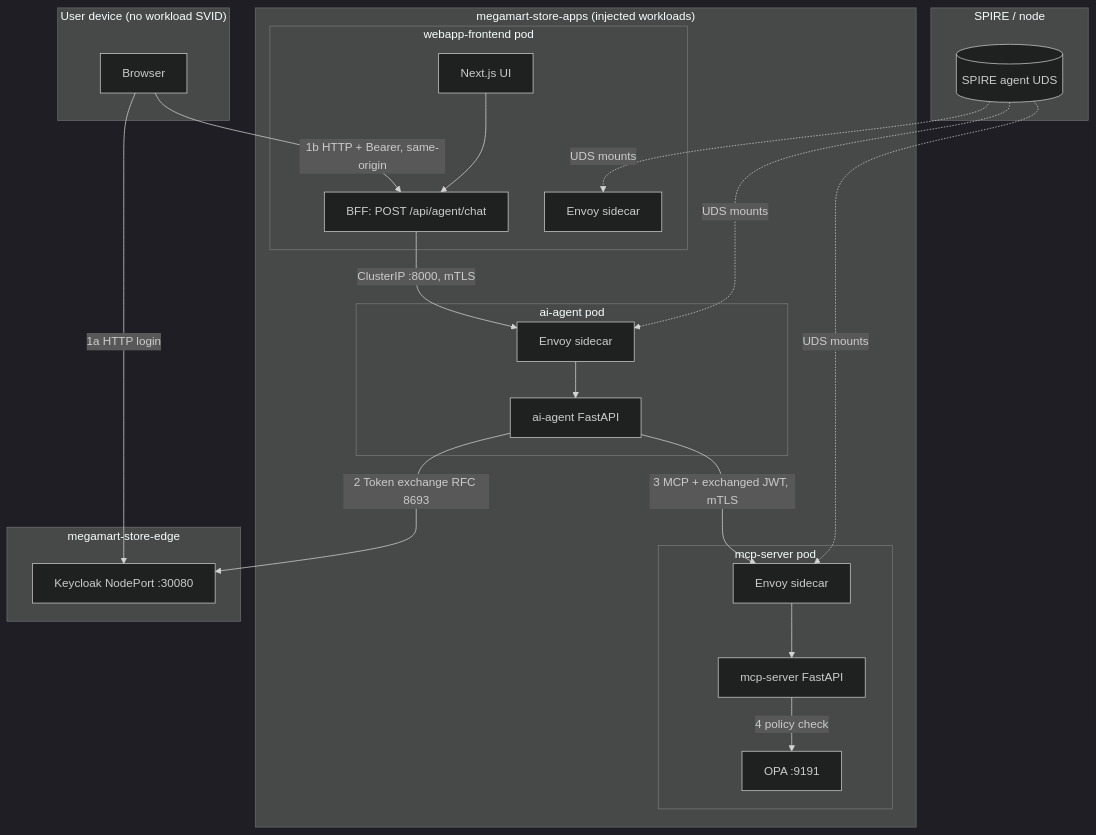
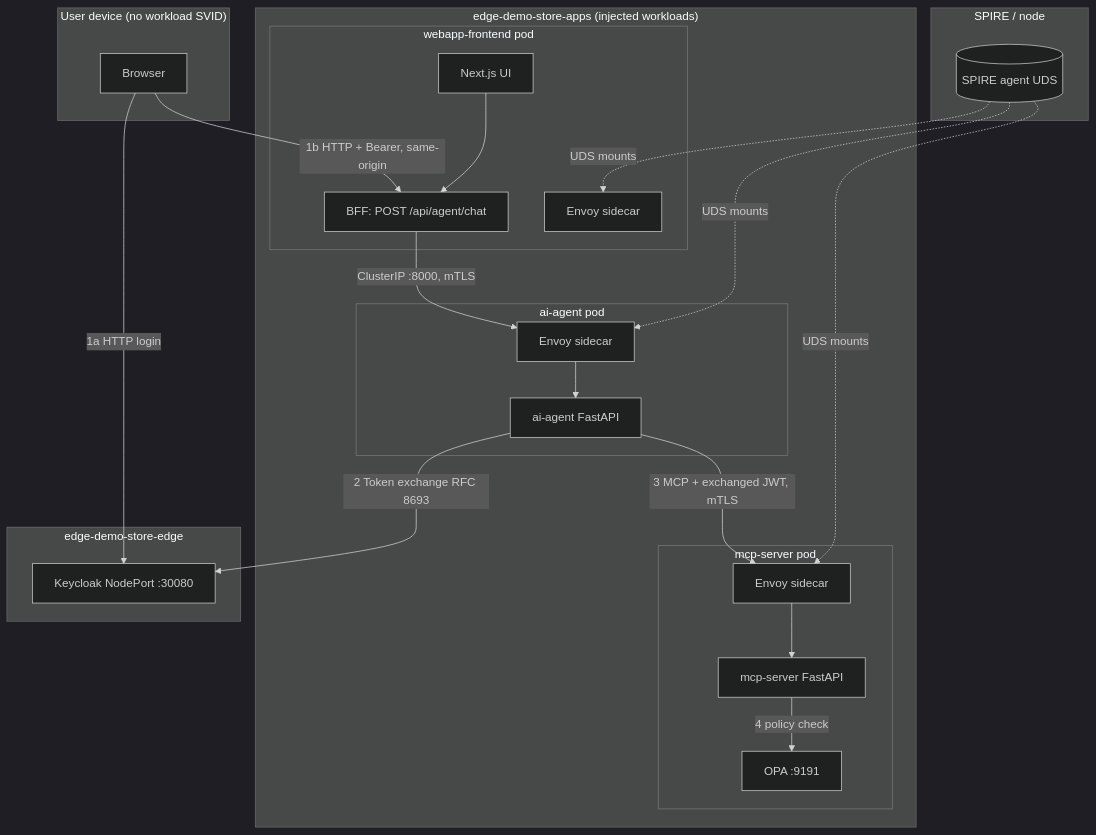
One commit to rtarway/spiffe-spire-playground changed the diagram in architectural_review.md. Above: the diagram before and after it, drawn with Mermaid (dark theme). The commit also changed other lines of this file and 14 other files, not shown here.

````diff
--- a/architectural_review.md
+++ b/architectural_review.md
@@ -44,49 +44,49 @@
 ```mermaid
 flowchart TB
     subgraph Browser["User device (no workload SVID)"]
         U[Browser]
     end
 
-    subgraph StoreApps["megamart-store-apps (injected workloads)"]
+    subgraph StoreApps["edge-demo-store-apps (injected workloads)"]
         subgraph WebappPod["webapp-frontend pod"]
             NEXT[Next.js UI]
             BFF["BFF: POST /api/agent/chat"]
             EW[Envoy sidecar]
             NEXT --> BFF
         end
 
         subgraph AgentPod["ai-agent pod"]
             AA[ai-agent FastAPI]
             EA[Envoy sidecar]
         end
 
         subgraph McpPod["mcp-server pod"]
             MCP[mcp-server FastAPI]
             EM[Envoy sidecar]
             OPA[OPA :9191]
         end
 
         BFF -->|"ClusterIP :8000, mTLS"| EA
         EA --> AA
     end
 
-    subgraph StoreEdge["megamart-store-edge"]
+    subgraph StoreEdge["edge-demo-store-edge"]
         KC[Keycloak NodePort :30080]
     end
 
     subgraph SPIRE["SPIRE / node"]
         SA[(SPIRE agent UDS)]
     end
 
     U -->|"1a HTTP login"| KC
     U -->|"1b HTTP + Bearer, same-origin"| BFF
 
     AA -->|"2 Token exchange RFC 8693"| KC
     AA -->|"3 MCP + exchanged JWT, mTLS"| EM
     EM --> MCP
     MCP -->|"4 policy check"| OPA
 
     SA -. UDS mounts .-> EW
     SA -. UDS mounts .-> EA
     SA -. UDS mounts .-> EM
 ```
````
